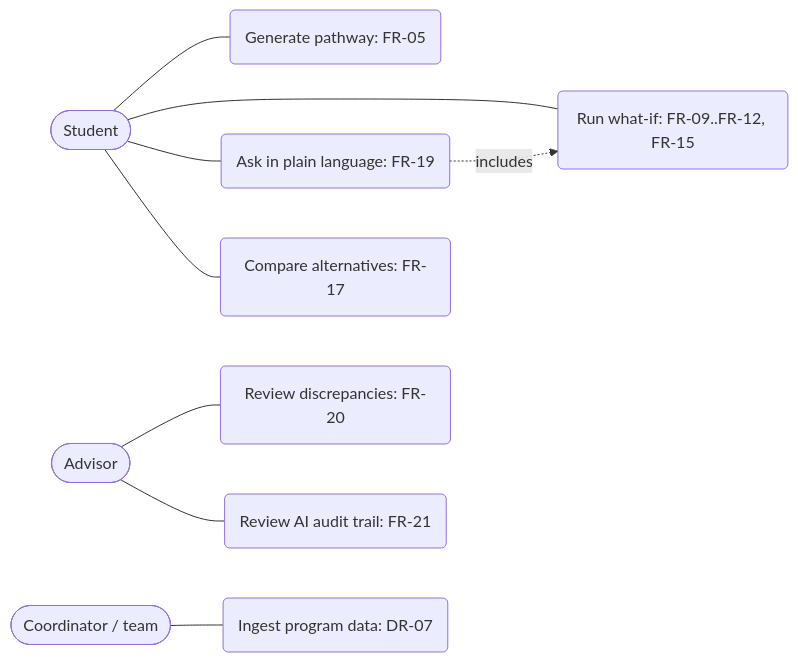
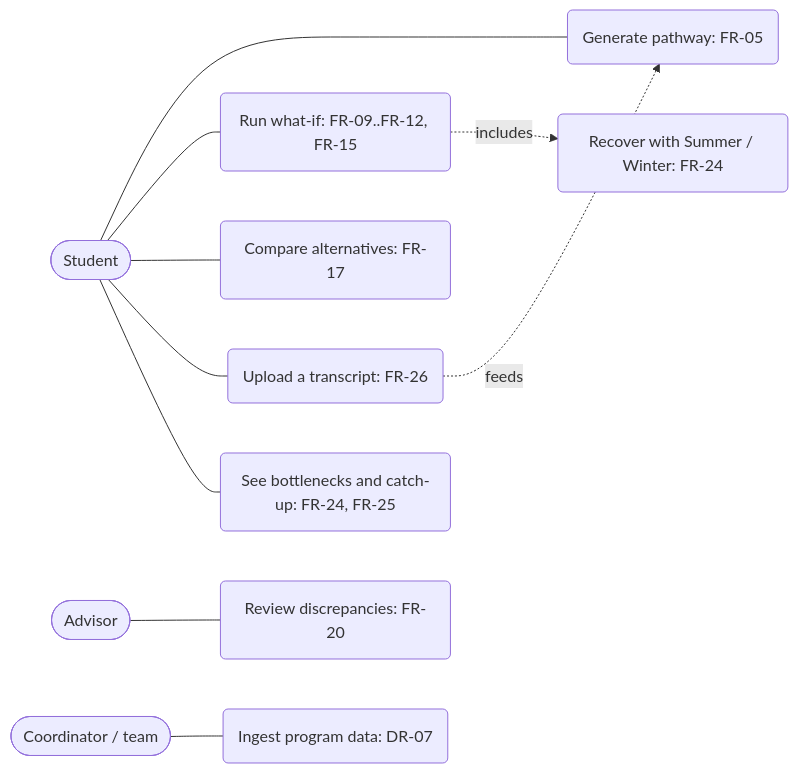
One commit to DakodaStemen/team3-mockup changed the second of 7 diagrams in docs/02-models-architecture/design.md. Above: the diagram before and after it, drawn with Mermaid. The commit also changed other lines of this file and 38 other files, not shown here.

````diff
--- a/docs/02-models-architecture/design.md
+++ b/docs/02-models-architecture/design.md
@@ -51,11 +58,12 @@
 ```mermaid
 flowchart LR
   S([Student]) --- UC1(Generate pathway: FR-05)
   S --- UC2(Run what-if: FR-09..FR-12, FR-15)
-  S --- UC3(Ask in plain language: FR-19)
   S --- UC4(Compare alternatives: FR-17)
+  S --- UC8(Upload a transcript: FR-26)
+  S --- UC9(See bottlenecks and catch-up: FR-24, FR-25)
   A([Advisor]) --- UC5(Review discrepancies: FR-20)
-  A --- UC6(Review AI audit trail: FR-21)
   C([Coordinator / team]) --- UC7(Ingest program data: DR-07)
-  UC3 -. includes .-> UC2
+  UC2 -. includes .-> UC10(Recover with Summer / Winter: FR-24)
+  UC8 -. feeds .-> UC1
 ```
````
